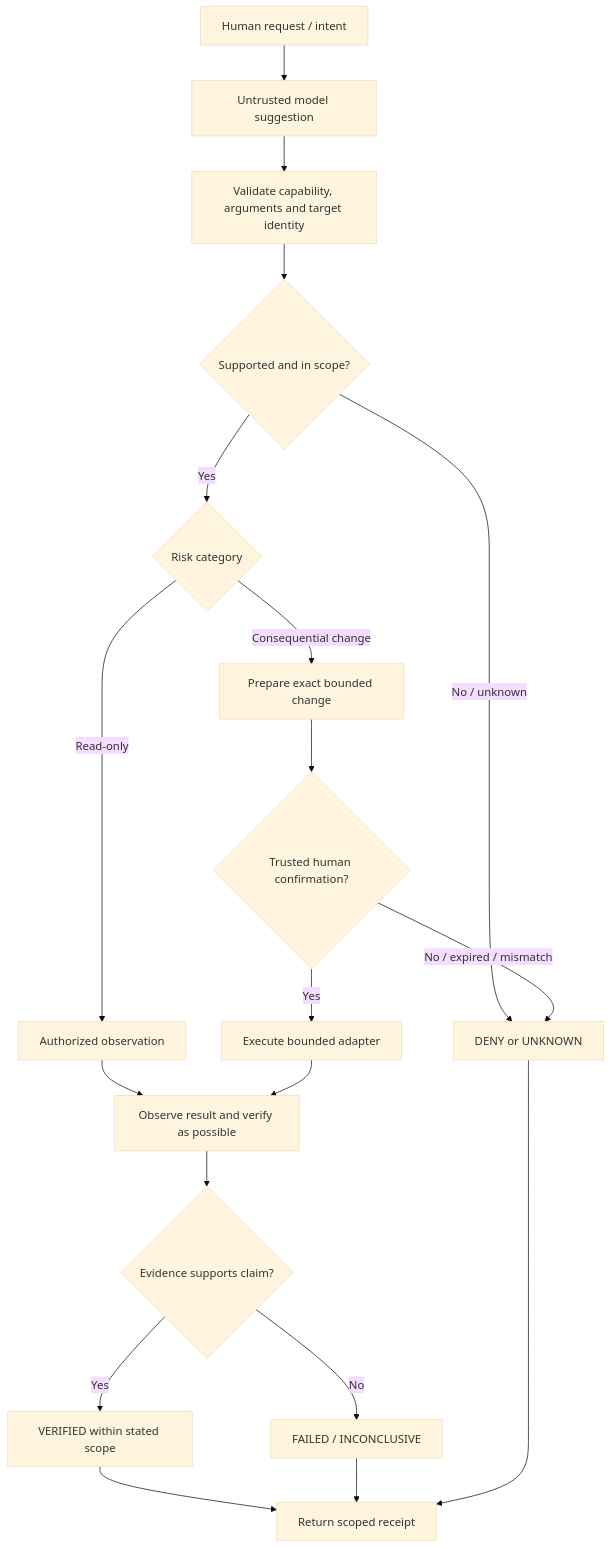
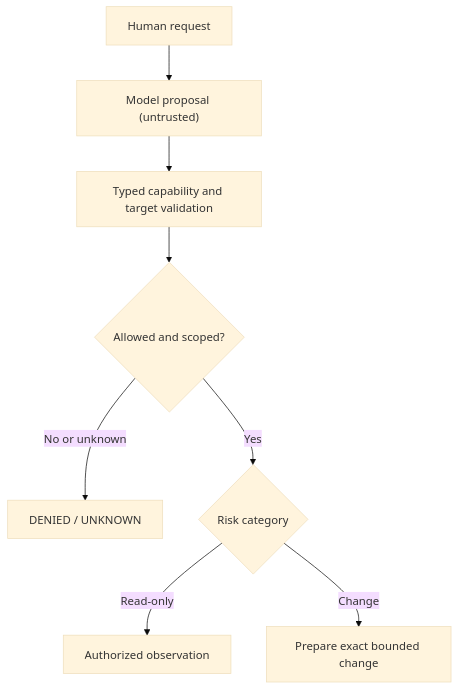
The first of 2 diagrams in architecture/governed-execution.md (Ozzurac/ncma-engineering), drawn with Mermaid (base theme) before and after one commit. The commit also changed other lines of this file and 5 other files, not shown here.

First line of the commit message:
docs: make NCMA Mermaid architecture flows readable

````diff
--- a/architecture/governed-execution.md
+++ b/architecture/governed-execution.md
@@ -13,21 +16,10 @@
 ```mermaid
-flowchart TD
-    USER["Human request / intent"] --> MODEL["Untrusted model suggestion"]
-    MODEL --> CONTRACT["Validate capability, arguments and target identity"]
-    CONTRACT --> VALID{"Supported and in scope?"}
-    VALID -->|"No / unknown"| DENY["DENY or UNKNOWN"]
-    VALID -->|"Yes"| RISK{"Risk category"}
+flowchart TB
+    REQUEST["Human request"] --> PROPOSAL["Model proposal (untrusted)"]
+    PROPOSAL --> CONTRACT["Typed capability and target validation"]
+    CONTRACT --> SCOPE{"Allowed and scoped?"}
+    SCOPE -->|"No or unknown"| DENIED["DENIED / UNKNOWN"]
+    SCOPE -->|"Yes"| RISK{"Risk category"}
     RISK -->|"Read-only"| READ["Authorized observation"]
-    RISK -->|"Consequential change"| PREP["Prepare exact bounded change"]
-    PREP --> CONFIRM{"Trusted human confirmation?"}
-    CONFIRM -->|"No / expired / mismatch"| DENY
-    CONFIRM -->|"Yes"| WRITE["Execute bounded adapter"]
-    READ --> VERIFY["Observe result and verify as possible"]
-    WRITE --> VERIFY
-    VERIFY --> RESULT{"Evidence supports claim?"}
-    RESULT -->|"Yes"| PASS["VERIFIED within stated scope"]
-    RESULT -->|"No"| FAIL["FAILED / INCONCLUSIVE"]
-    PASS --> RECEIPT["Return scoped receipt"]
-    FAIL --> RECEIPT
-    DENY --> RECEIPT
+    RISK -->|"Change"| PREPARE["Prepare exact bounded change"]
 ```
````
